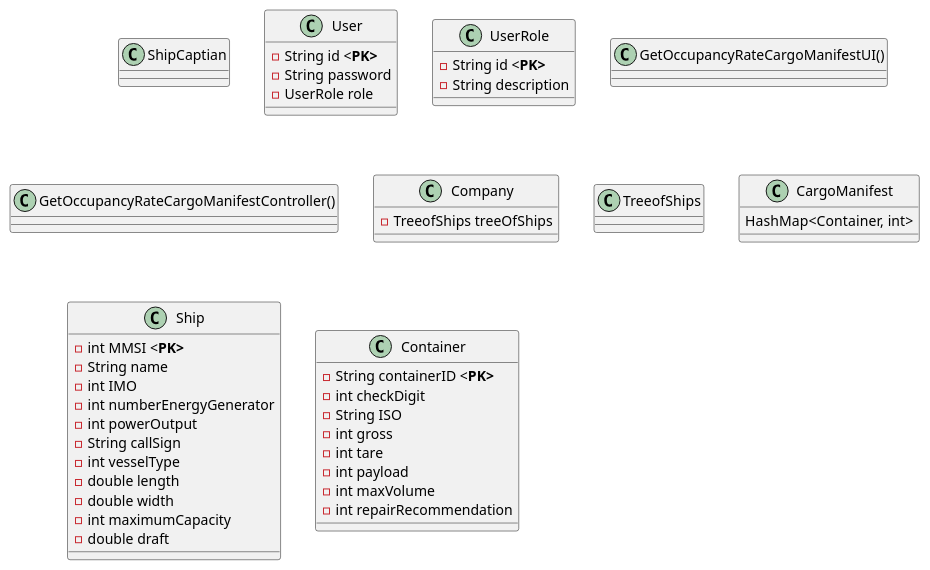
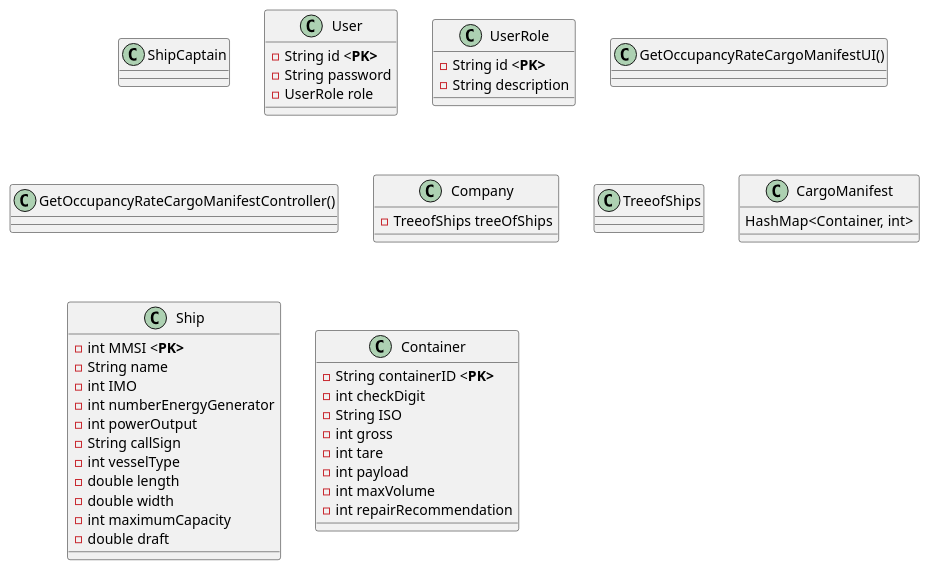
One commit to LourencoMelo/ISEP-LAPR3-ESINF changed the diagram in Docs/Sprint2/US208/cd.puml. Above: the diagram before and after it, drawn with PlantUML. The commit also changed 9 other files, not shown here.

Commit message:
<ISSUE_70><ISSUE_74>: #US204 & #US208 Controllers, UI's and Testing Done. And role menu options added to ClientUI & ShipCaptainUI!

```diff
--- a/Docs/Sprint2/US208/cd.puml
+++ b/Docs/Sprint2/US208/cd.puml
@@ -1,66 +1,66 @@
 @startuml
 
-class ShipCaptian{
+class ShipCaptain{
 
 }
 
 class User{
     -String id <<b>PK>
     -String password
     -UserRole role
 }
 
 class UserRole{
     -String id <<b>PK>
     -String description
 }
 
 class GetOccupancyRateCargoManifestUI(){
 
 }
 
 class GetOccupancyRateCargoManifestController(){
 
 }
 
 class Company {
     -TreeofShips treeOfShips
 }
 
 class TreeofShips{
 
 }
 
 class CargoManifest{
     HashMap<Container, int>
 }
 
 class Ship {
 
     -int MMSI <<b>PK>
     -String name
     -int IMO
     -int numberEnergyGenerator
     -int powerOutput
     -String callSign
     -int vesselType
     -double length
     -double width
     -int maximumCapacity
     -double draft
 }
 
 class Container {
 
     -String containerID <<b>PK>
     -int checkDigit
     -String ISO
     -int gross
     -int tare
     -int payload
     -int maxVolume
     -int repairRecommendation
 
 }
 
 @enduml
```
